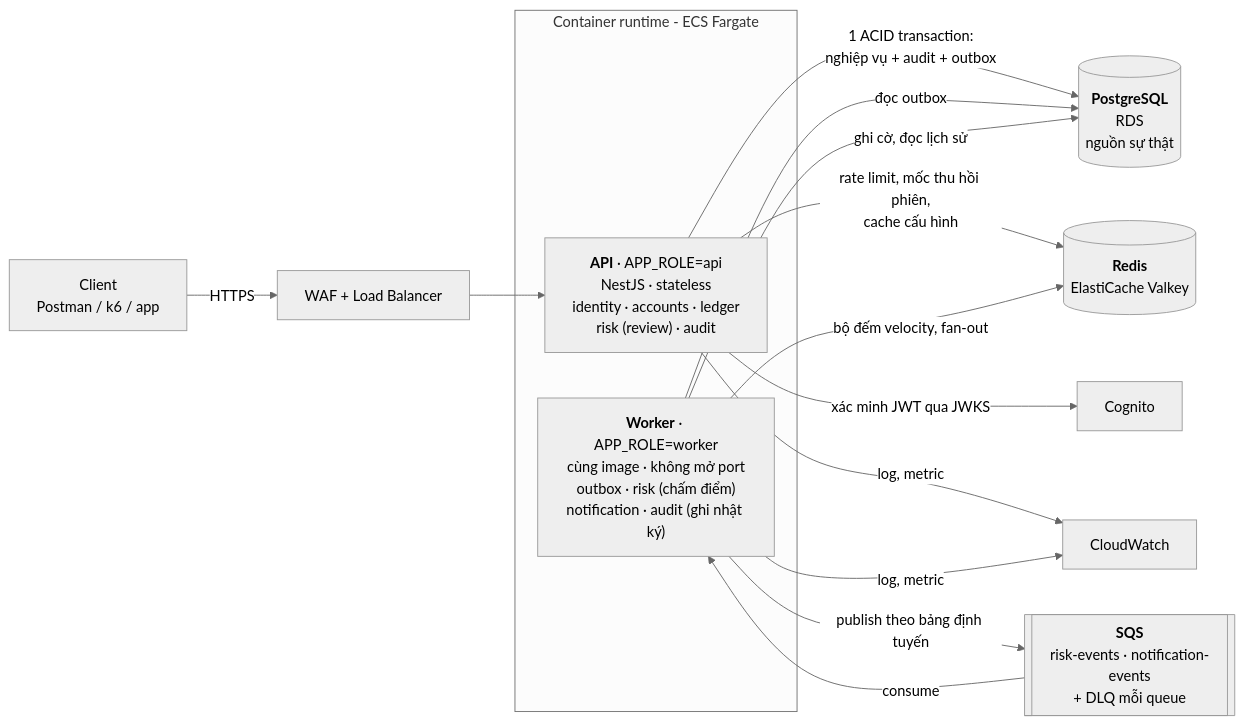
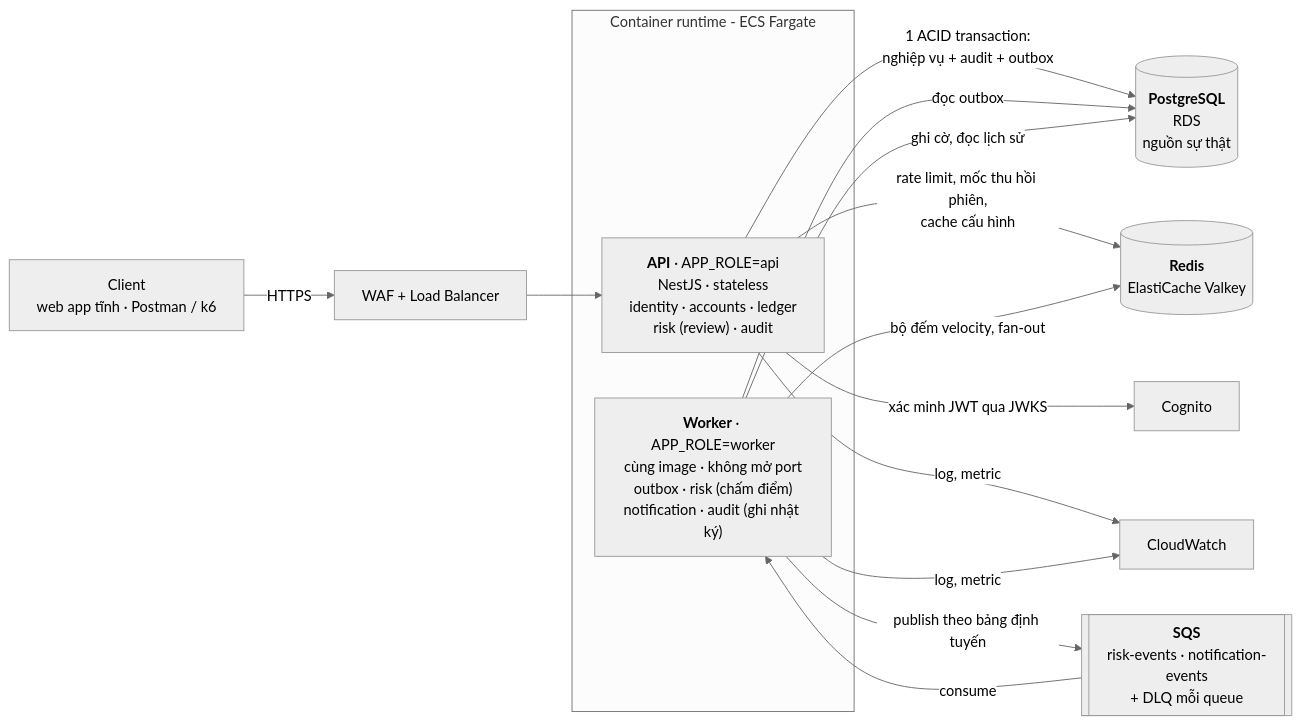
One commit to Lawliet119/digital-banking-simulator changed the second of 14 diagrams in docs/03_HIGH_LEVEL_ARCHITECTURE.md. Above: the diagram before and after it, drawn with Mermaid (neutral theme). The commit also changed other lines of this file and 8 other files, not shown here.

````diff
--- a/docs/03_HIGH_LEVEL_ARCHITECTURE.md
+++ b/docs/03_HIGH_LEVEL_ARCHITECTURE.md
@@ -83,20 +83,20 @@
 ```mermaid
 flowchart LR
-    C[Client<br/>Postman / k6 / app] -->|HTTPS| EDGE[WAF + Load Balancer]
+    C[Client<br/>web app tĩnh · Postman / k6] -->|HTTPS| EDGE[WAF + Load Balancer]
     EDGE --> API
 
     subgraph RUN[Container runtime - ECS Fargate]
         API["<b>API</b> · APP_ROLE=api<br/>NestJS · stateless<br/>identity · accounts · ledger<br/>risk (review) · audit"]
         WRK["<b>Worker</b> · APP_ROLE=worker<br/>cùng image · không mở port<br/>outbox · risk (chấm điểm)<br/>notification · audit (ghi nhật ký)"]
     end
 
     API -->|1 ACID transaction:<br/>nghiệp vụ + audit + outbox| PG[("<b>PostgreSQL</b><br/>RDS<br/>nguồn sự thật")]
     API -->|rate limit, mốc thu hồi phiên,<br/>cache cấu hình| RD[("<b>Redis</b><br/>ElastiCache Valkey")]
     API -->|xác minh JWT qua JWKS| COG[Cognito]
     WRK -->|đọc outbox| PG
     WRK -->|publish theo bảng định tuyến| Q[["<b>SQS</b><br/>risk-events · notification-events<br/>+ DLQ mỗi queue"]]
     Q -->|consume| WRK
     WRK -->|bộ đếm velocity, fan-out| RD
     WRK -->|ghi cờ, đọc lịch sử| PG
     API & WRK -->|log, metric| CW[CloudWatch]
 ```
````
